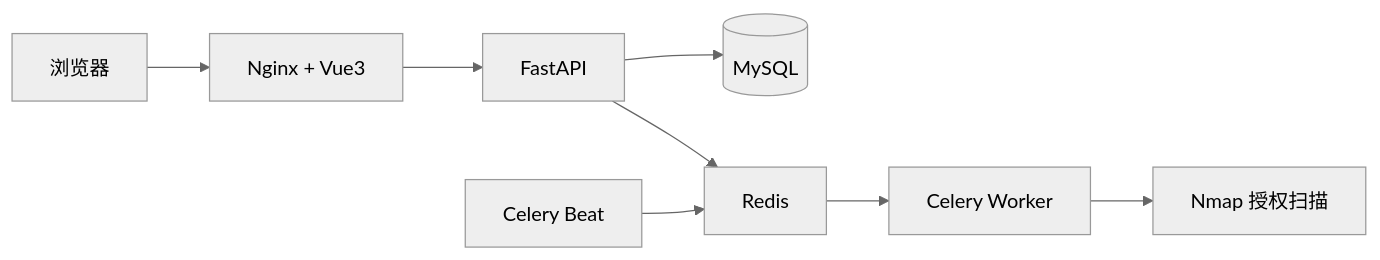
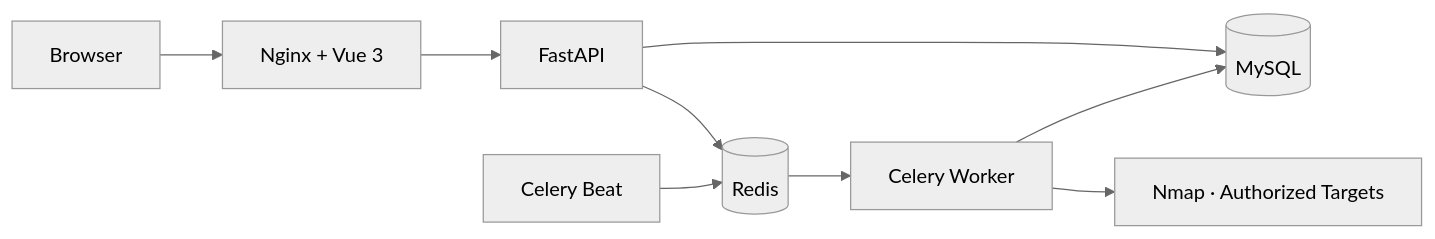
The diagram in README.md (Bitesdust-3/security-platform-public), drawn with Mermaid (neutral theme) before and after one commit. The commit also changed other lines of this file and 42 other files, not shown here.

````diff
--- a/README.md
+++ b/README.md
@@ -50,10 +36,11 @@
 ```mermaid
 flowchart LR
-  U[浏览器] --> F[Nginx + Vue3]
-  F --> B[FastAPI]
-  B --> M[(MySQL)]
-  B --> R[Redis]
-  R --> W[Celery Worker]
-  T[Celery Beat] --> R
-  W --> N[Nmap 授权扫描]
+    User[Browser] --> Web[Nginx + Vue 3]
+    Web --> API[FastAPI]
+    API --> DB[(MySQL)]
+    API --> Queue[(Redis)]
+    Beat[Celery Beat] --> Queue
+    Queue --> Worker[Celery Worker]
+    Worker --> Nmap[Nmap · Authorized Targets]
+    Worker --> DB
 ```
````
